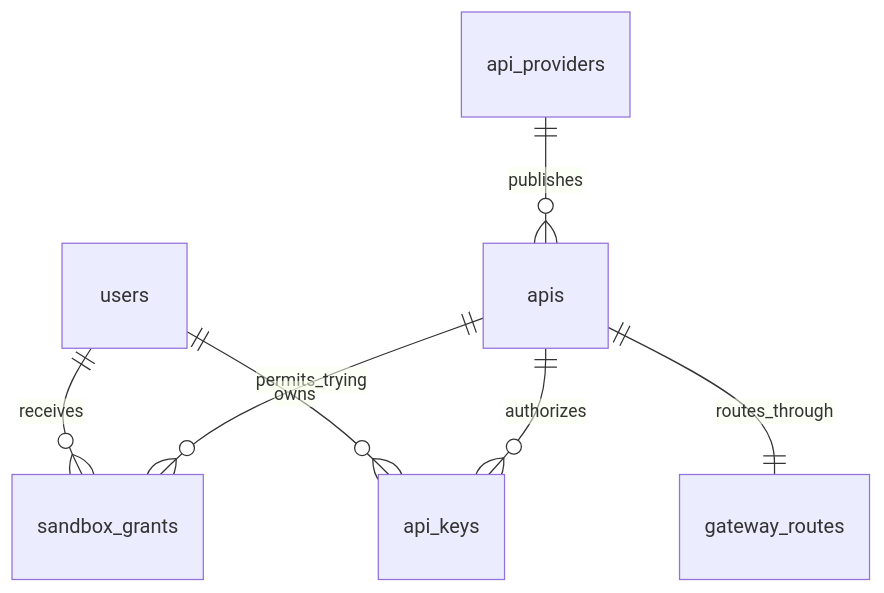
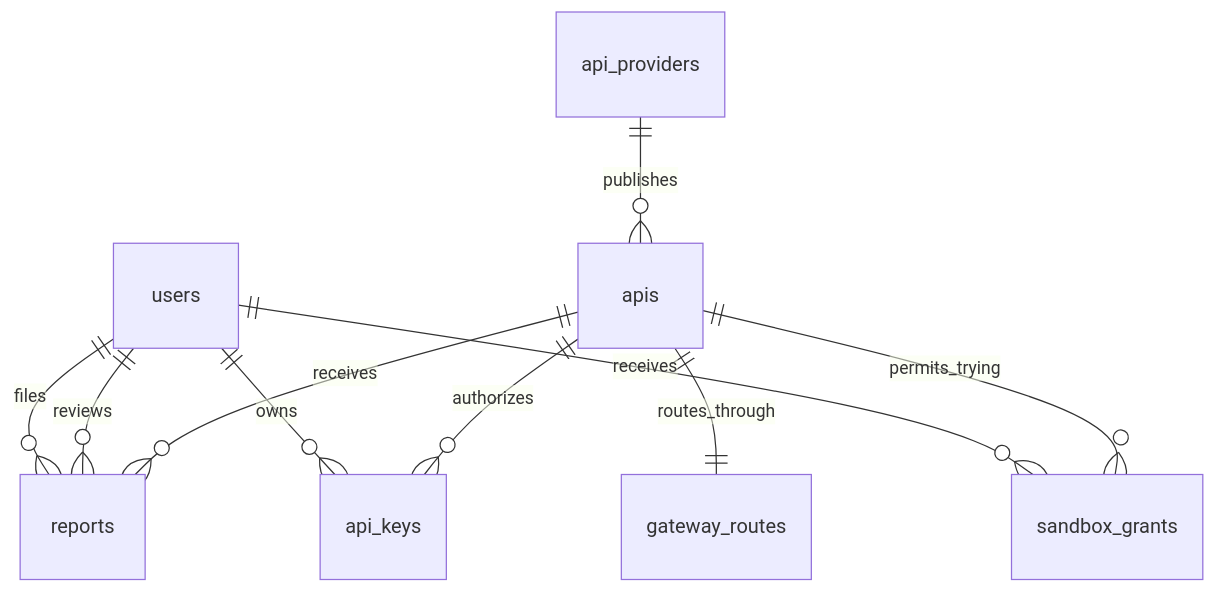
Before and after one commit to antondung/API-Market: the diagram in migrations/ERD-sprint-3.md, drawn with Mermaid. The commit also changed 4 other files, not shown here.

````diff
--- a/migrations/ERD-sprint-3.md
+++ b/migrations/ERD-sprint-3.md
@@ -3,9 +3,12 @@
 ```mermaid
 erDiagram
     users ||--o{ sandbox_grants : receives
     apis ||--o{ sandbox_grants : permits_trying
     users ||--o{ api_keys : owns
     apis ||--o{ api_keys : authorizes
     apis ||--|| gateway_routes : routes_through
     api_providers ||--o{ apis : publishes
+    users ||--o{ reports : files
+    users ||--o{ reports : reviews
+    apis ||--o{ reports : receives
 ```
````
